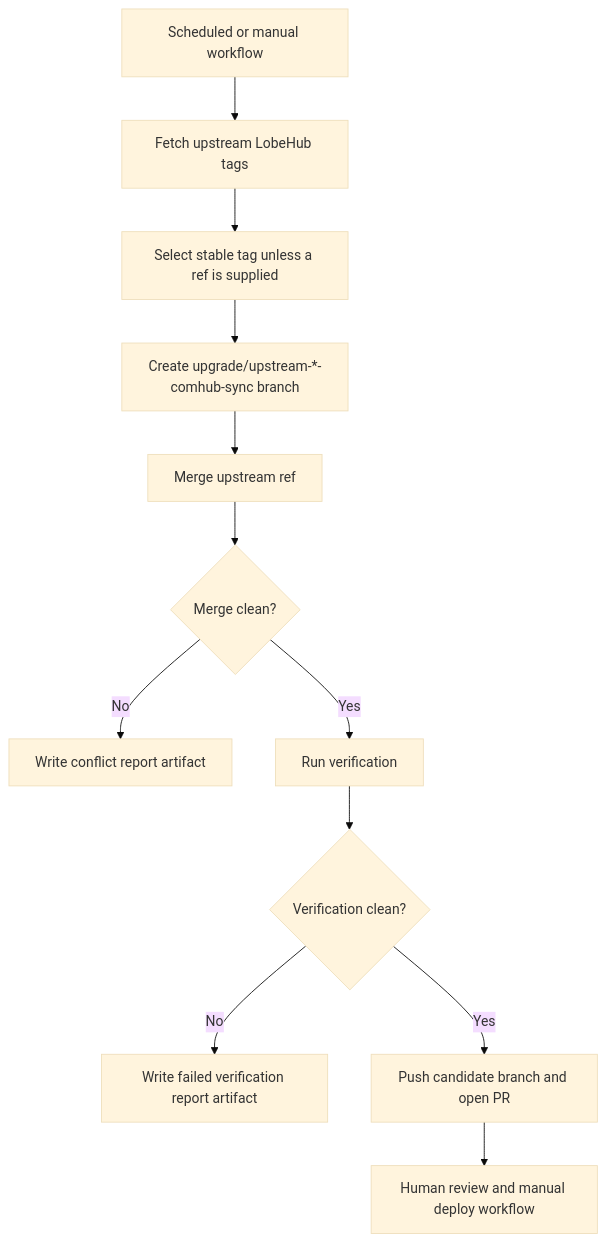
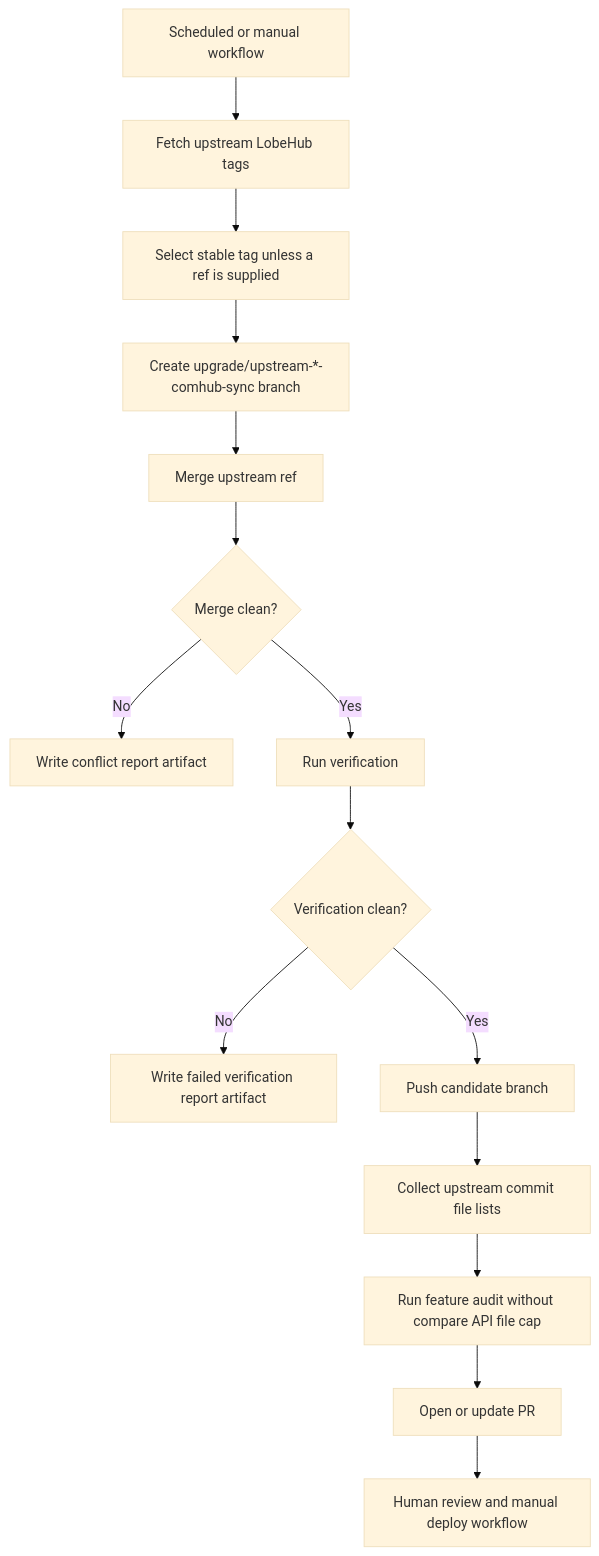
One commit to maheshenga/comhub changed the diagram in docs/development/comhub-upstream-sync-pipeline.md. Above: the diagram before and after it, drawn with Mermaid (base theme). The commit also changed other lines of this file and 134 other files, not shown here.

````diff
--- a/docs/development/comhub-upstream-sync-pipeline.md
+++ b/docs/development/comhub-upstream-sync-pipeline.md
@@ -16,14 +16,17 @@
 ```mermaid
 flowchart TD
   A["Scheduled or manual workflow"] --> B["Fetch upstream LobeHub tags"]
   B --> C["Select stable tag unless a ref is supplied"]
   C --> D["Create upgrade/upstream-*-comhub-sync branch"]
   D --> E["Merge upstream ref"]
   E --> F{"Merge clean?"}
   F -- "No" --> G["Write conflict report artifact"]
   F -- "Yes" --> H["Run verification"]
   H --> I{"Verification clean?"}
   I -- "No" --> J["Write failed verification report artifact"]
-  I -- "Yes" --> K["Push candidate branch and open PR"]
-  K --> L["Human review and manual deploy workflow"]
+  I -- "Yes" --> K["Push candidate branch"]
+  K --> L["Collect upstream commit file lists"]
+  L --> M["Run feature audit without compare API file cap"]
+  M --> N["Open or update PR"]
+  N --> O["Human review and manual deploy workflow"]
 ```
````
